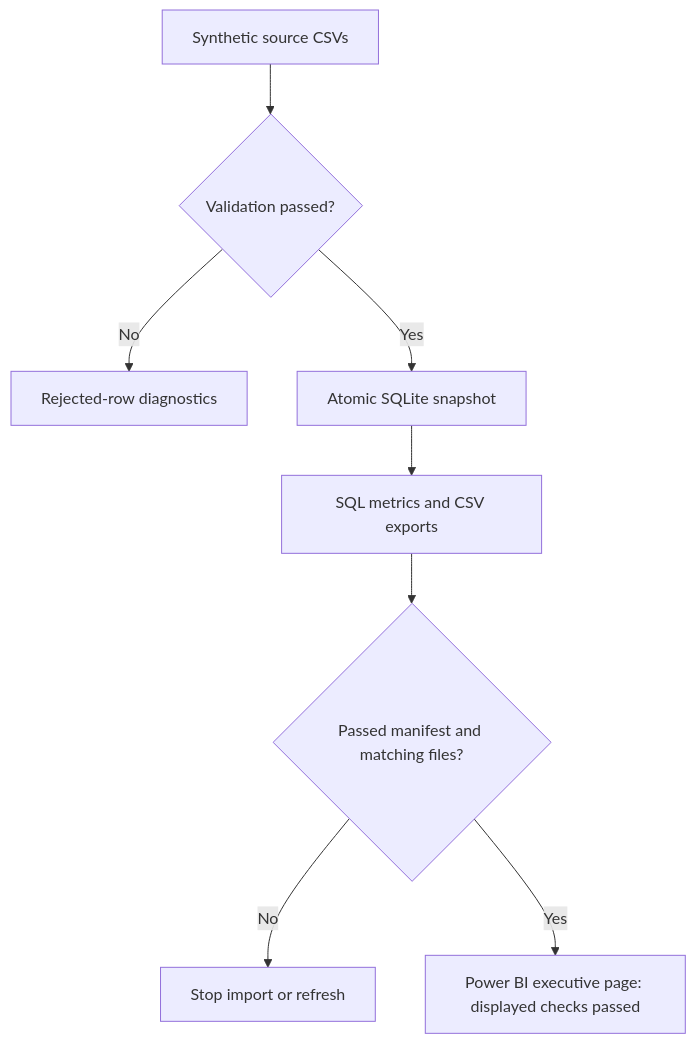
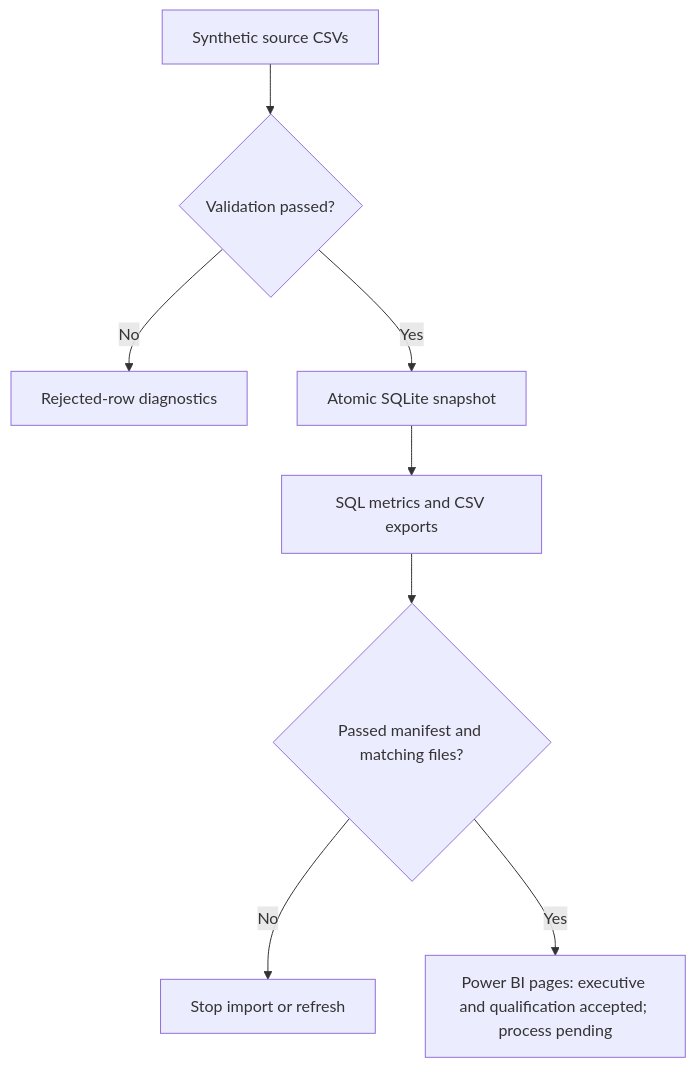
Before and after one commit to Tros112/operational-readiness-intelligence: the diagram in README.md, drawn with Mermaid. The commit also changed other lines of this file and 23 other files, not shown here.

Commit message:
feat: add verified process metrics and Day 9 Power BI handoff

````diff
--- a/README.md
+++ b/README.md
@@ -64,10 +66,10 @@
 ```mermaid
 flowchart TD
     A["Synthetic source CSVs"] --> B{"Validation passed?"}
     B -->|No| C["Rejected-row diagnostics"]
     B -->|Yes| D["Atomic SQLite snapshot"]
     D --> E["SQL metrics and CSV exports"]
     E --> F{"Passed manifest and matching files?"}
     F -->|No| G["Stop import or refresh"]
-    F -->|Yes| H["Power BI executive page: displayed checks passed"]
+    F -->|Yes| H["Power BI pages: executive and qualification accepted; process pending"]
 ```
````
